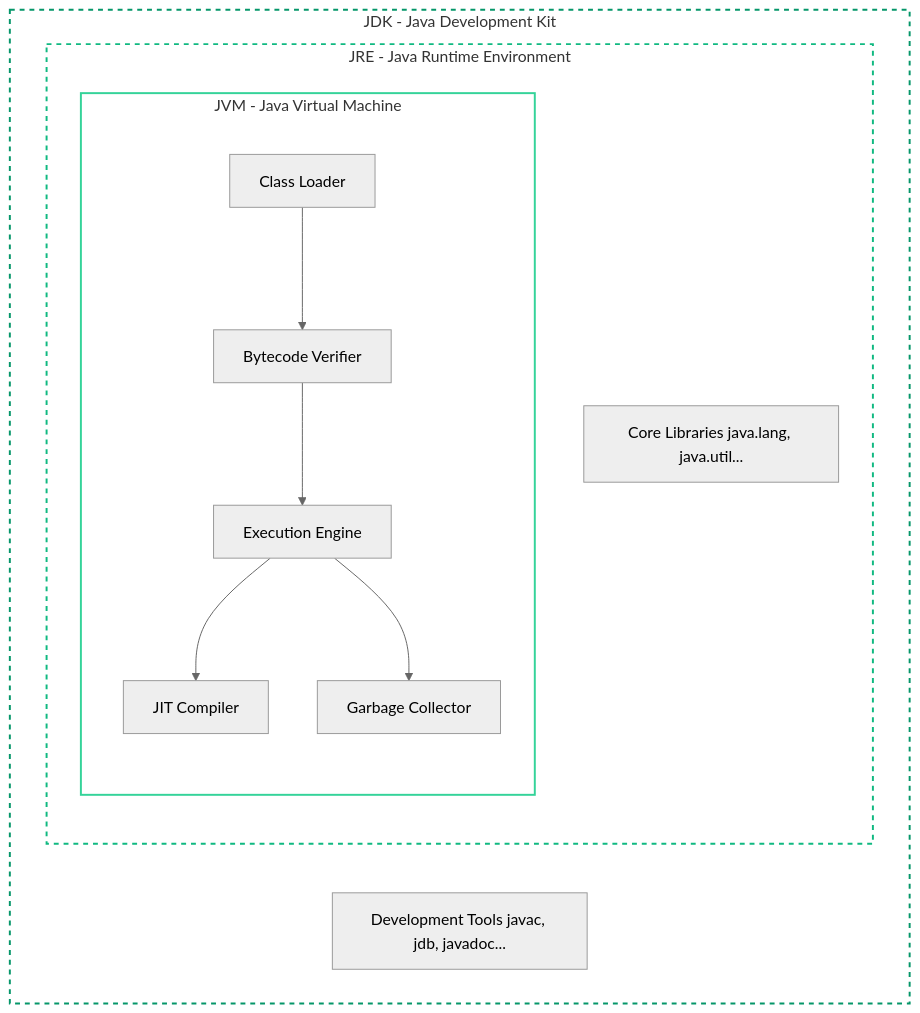
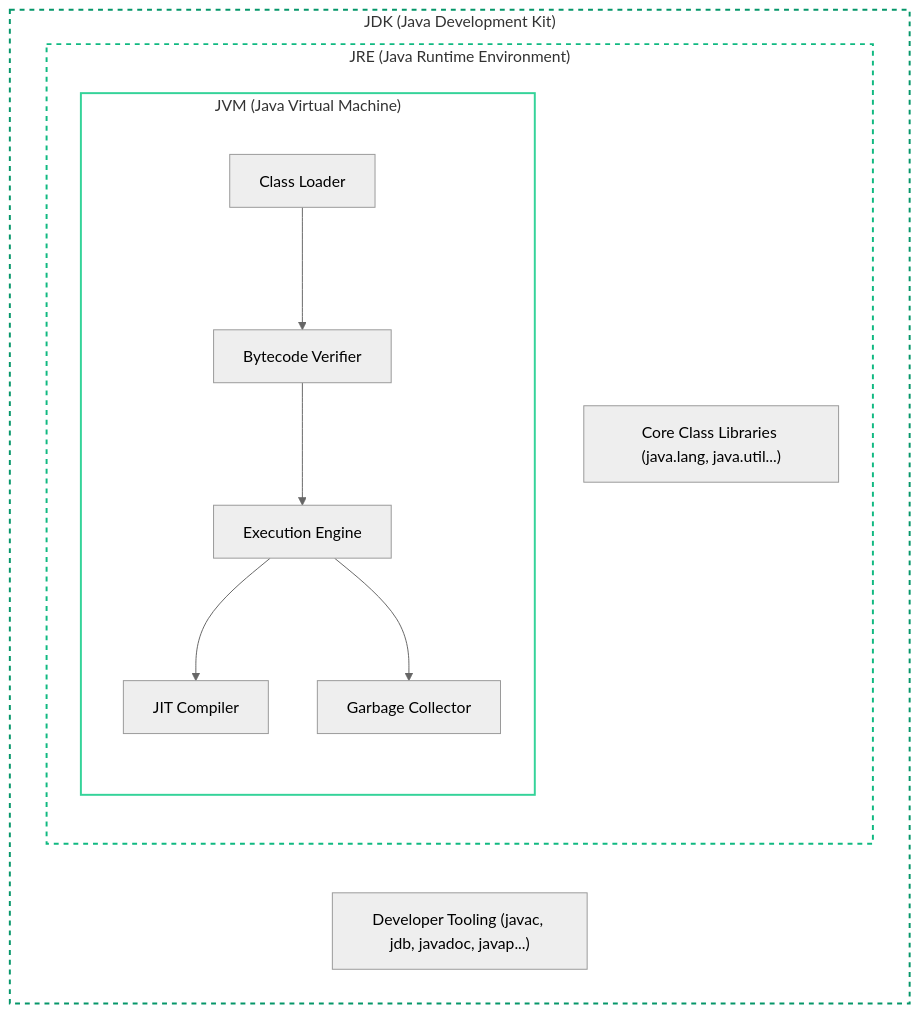
Before and after one commit to ravishankar2463/java_hub: the first of 4 diagrams in content/roadmap/level-0/environment-setup.md, drawn with Mermaid (neutral theme). The commit also changed other lines of this file, not shown here.

Commit message:
docs(level-0): rewrite environment setup with human-first voice and JVM internals

````diff
--- a/content/roadmap/level-0/environment-setup.md
+++ b/content/roadmap/level-0/environment-setup.md
@@ -20,19 +28,19 @@
 ```mermaid
 graph TD
-    subgraph JDK [JDK - Java Development Kit]
-        subgraph JRE [JRE - Java Runtime Environment]
-            subgraph JVM [JVM - Java Virtual Machine]
-                A[Class Loader] --> B[Bytecode Verifier]
-                B --> C[Execution Engine]
-                C --> D[JIT Compiler]
-                C --> E[Garbage Collector]
+    subgraph JDK ["JDK (Java Development Kit)"]
+        subgraph JRE ["JRE (Java Runtime Environment)"]
+            subgraph JVM ["JVM (Java Virtual Machine)"]
+                CL["Class Loader"] --> BV["Bytecode Verifier"]
+                BV --> EE["Execution Engine"]
+                EE --> JIT["JIT Compiler"]
+                EE --> GC["Garbage Collector"]
             end
-            F[Core Libraries java.lang, java.util...]
+            L["Core Class Libraries (java.lang, java.util...)"]
         end
-        G[Development Tools javac, jdb, javadoc...]
+        T["Developer Tooling (javac, jdb, javadoc, javap...)"]
     end
-    
+
     style JDK fill:transparent,stroke:#059669,stroke-width:2px,stroke-dasharray: 5 5
     style JRE fill:transparent,stroke:#10b981,stroke-width:2px,stroke-dasharray: 5 5
     style JVM fill:transparent,stroke:#34d399,stroke-width:2px
 ```
````
